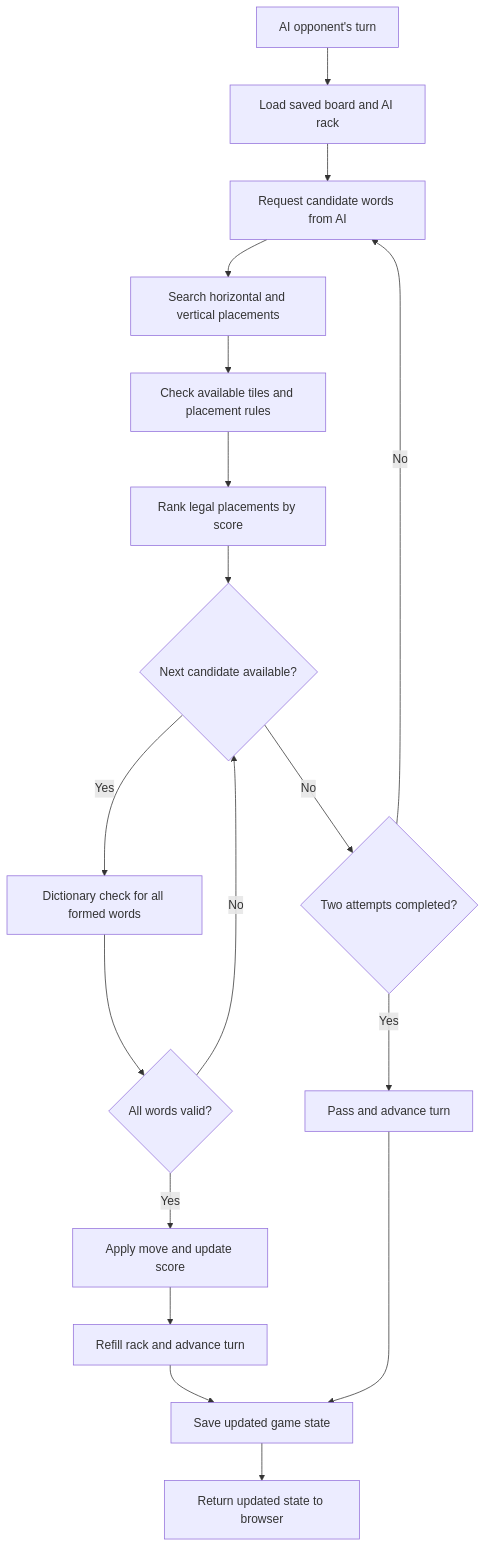
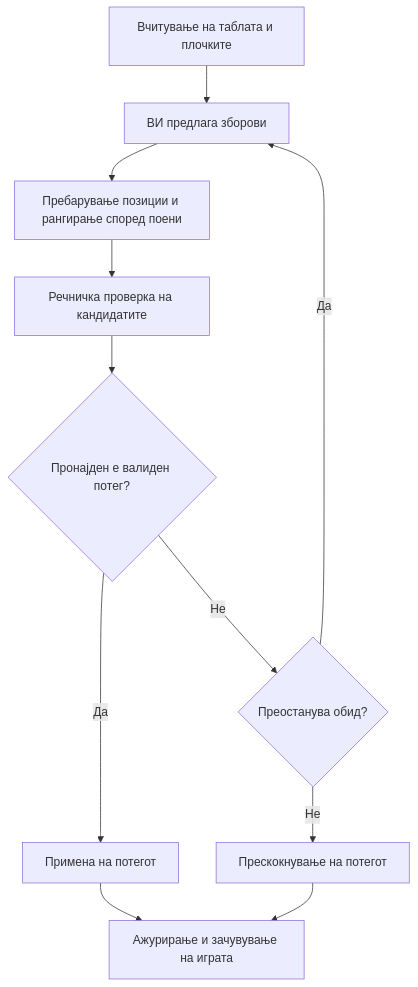
One commit to martinakuzmanovska/Macedonian-Scrabble-App changed the third of 3 diagrams in README.md. Above: the diagram before and after it, drawn with Mermaid. The commit also changed other lines of this file, not shown here.

````diff
--- a/README.md
+++ b/README.md
@@ -244,23 +241,13 @@
 ```mermaid
 flowchart TD
-    A["AI opponent's turn"] --> B["Load saved board and AI rack"]
-    B --> C["Request candidate words from AI"]
-    C --> D["Search horizontal and vertical placements"]
-    D --> E["Check available tiles and placement rules"]
-    E --> F["Rank legal placements by score"]
-    F --> G{"Next candidate available?"}
-
-    G -->|Yes| H["Dictionary check for all formed words"]
-    H --> I{"All words valid?"}
-    I -->|No| G
-    I -->|Yes| J["Apply move and update score"]
-
-    G -->|No| K{"Two attempts completed?"}
-    K -->|No| C
-    K -->|Yes| L["Pass and advance turn"]
-
-    J --> M["Refill rack and advance turn"]
-    M --> N["Save updated game state"]
-    L --> N
-    N --> O["Return updated state to browser"]
+    A["Вчитување на таблата и плочките"] --> B["ВИ предлага зборови"]
+    B --> C["Пребарување позиции и рангирање според поени"]
+    C --> D["Речничка проверка на кандидатите"]
+    D --> E{"Пронајден е валиден потег?"}
+    E -->|Да| F["Примена на потегот"]
+    E -->|Не| G{"Преостанува обид?"}
+    G -->|Да| B
+    G -->|Не| H["Прескокнување на потегот"]
+    F --> I["Ажурирање и зачувување на играта"]
+    H --> I
 ```
````
